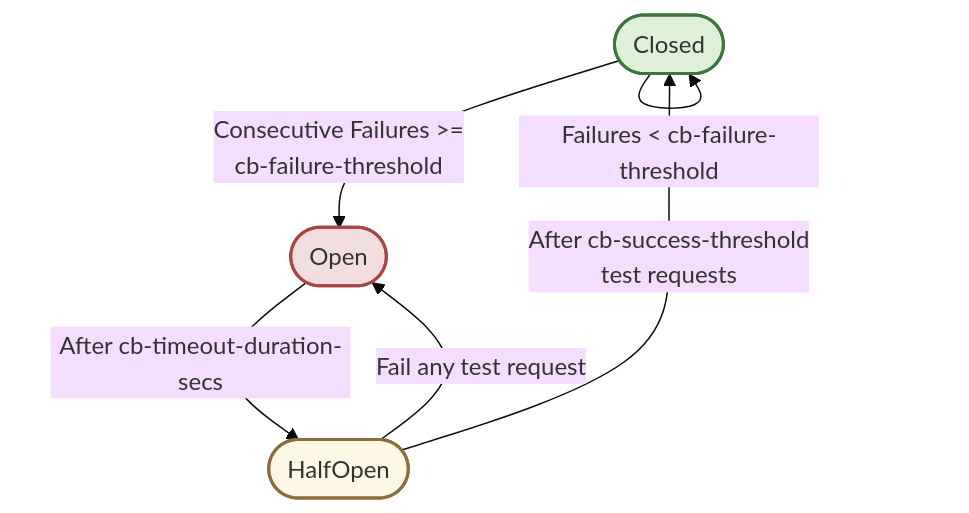
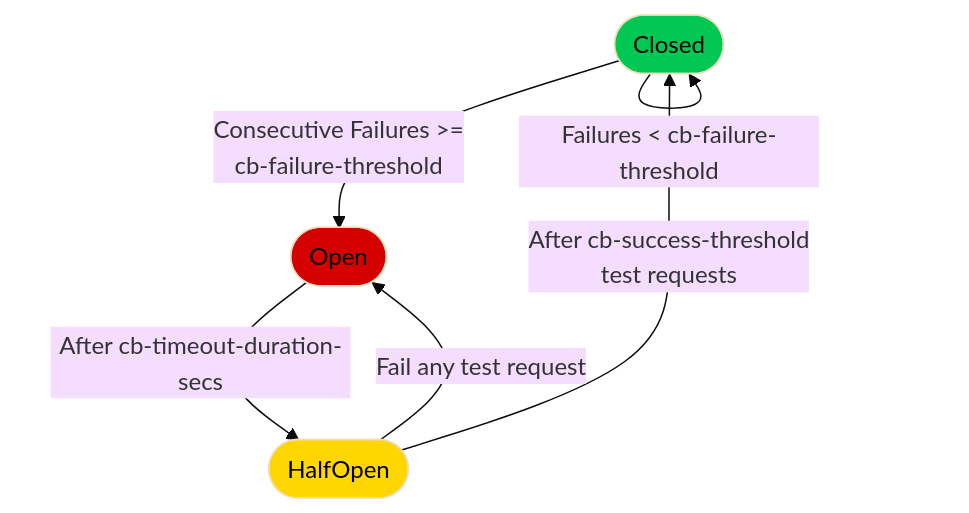
Before and after one commit to sgl-project/sglang: the diagram in docs/advanced_features/router.md, drawn with Mermaid (base theme).

Commit message:
Lightweight chart in mermaid

````diff
--- a/docs/advanced_features/router.md
+++ b/docs/advanced_features/router.md
@@ -227,23 +227,20 @@
 ```mermaid
 flowchart TD
     Closed(["Closed"])
     Open(["Open"])
     HalfOpen(["HalfOpen"])
 
     Closed -- "Consecutive Failures >=<br/>cb-failure-threshold" --> Open;
     Closed --> HalfOpen;
     linkStyle 1 stroke:transparent;
     Open -- "After cb-timeout-duration-secs" --> HalfOpen;
     HalfOpen -- "Fail any test request" --> Open;
     HalfOpen -- "After cb-success-threshold<br/>test requests" --> Closed;
     Closed -- "Failures < cb-failure-threshold" --> Closed;
     
     %% --- Node Styling ---
-    classDef closed fill:#dff0d8,stroke:#3c763d,stroke-width:2px;
-    classDef open fill:#f2dede,stroke:#a94442,stroke-width:2px;
-    classDef halfopen fill:#fcf8e3,stroke:#8a6d3b,stroke-width:2px;
-    
-    class Closed closed;
-    class Open open;
-    class HalfOpen halfopen;
+    style Closed fill:#00C853,color:#000000
+    style Open fill:#D50000,color:#000000
+    style HalfOpen fill:#FFD600,color:#000000
+    linkStyle 1 stroke:transparent,fill:none
 ```
````
